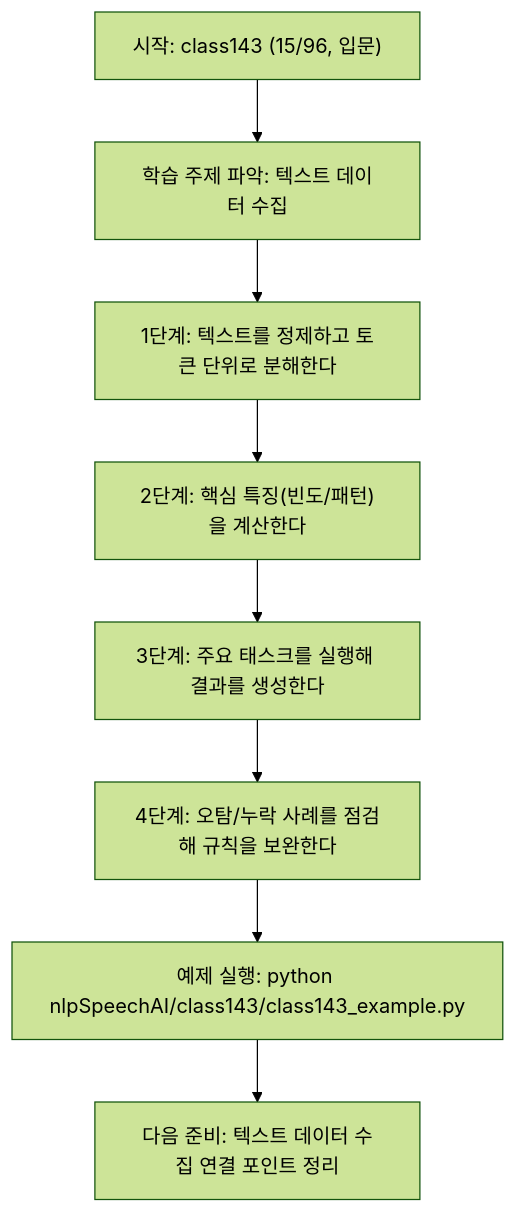
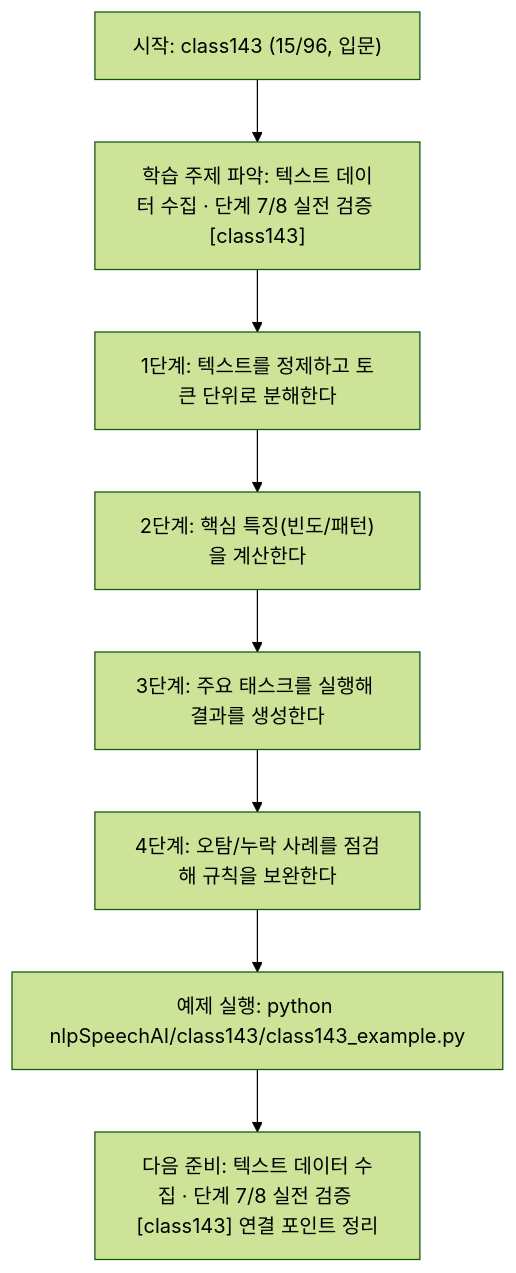
One commit to edumgt/Python-AI_Agent-Class changed the diagram in nlpSpeechAI/class143/class143.md. Above: the diagram before and after it, drawn with Mermaid (forest theme). The commit also changed other lines of this file and 522 other files, not shown here.

````diff
--- a/nlpSpeechAI/class143/class143.md
+++ b/nlpSpeechAI/class143/class143.md
@@ -113,18 +114,18 @@
 ```mermaid
 flowchart TD
 N1["시작: class143 (15/96, 입문)"]
-N2["학습 주제 파악: 텍스트 데이터 수집"]
+N2["학습 주제 파악: 텍스트 데이터 수집 · 단계 7/8 실전 검증 [class143]"]
 N3["1단계: 텍스트를 정제하고 토큰 단위로 분해한다"]
 N4["2단계: 핵심 특징(빈도/패턴)을 계산한다"]
 N5["3단계: 주요 태스크를 실행해 결과를 생성한다"]
 N6["4단계: 오탐/누락 사례를 점검해 규칙을 보완한다"]
 N7["예제 실행: python nlpSpeechAI/class143/class143_example.py"]
-N8["다음 준비: 텍스트 데이터 수집 연결 포인트 정리"]
+N8["다음 준비: 텍스트 데이터 수집 · 단계 7/8 실전 검증 [class143] 연결 포인트 정리"]
 N1 --> N2
 N2 --> N3
 N3 --> N4
 N4 --> N5
 N5 --> N6
 N6 --> N7
 N7 --> N8
 ```
````
